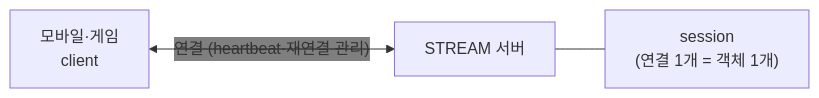
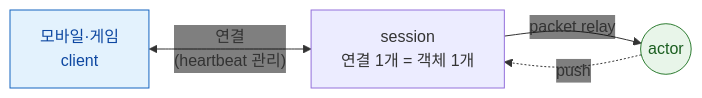
The sixth of 8 diagrams in framework/doc/framework/dotnet/guide/03-concepts.ko.md (kairos-code-dev/zlink), drawn with Mermaid before and after one commit. The commit also changed other lines of this file and 87 other files, not shown here.

````diff
--- a/framework/doc/framework/dotnet/guide/03-concepts.ko.md
+++ b/framework/doc/framework/dotnet/guide/03-concepts.ko.md
@@ -380,6 +259,9 @@
 ```mermaid
 %%{init: {'themeVariables': {'edgeLabelBackground':'transparent'}}}%%
-graph LR
-    C["모바일·게임<br/>client"] <-->|"연결 (heartbeat·재연결 관리)"| SV["STREAM 서버"]
-    SV --- SE["session<br/>(연결 1개 = 객체 1개)"]
+flowchart LR
+  C["모바일·게임<br/>client"]:::client <-->|"연결<br/>(heartbeat 관리)"| SE["session<br/>연결 1개 = 객체 1개"]
+  SE -->|"packet relay"| A(("actor")):::actor
+  A -.->|"push"| SE
+  classDef actor fill:#e8f5e9,stroke:#2e7d32,color:#1b5e20
+  classDef client fill:#e3f2fd,stroke:#1565c0,color:#0d47a1
 ```
````
